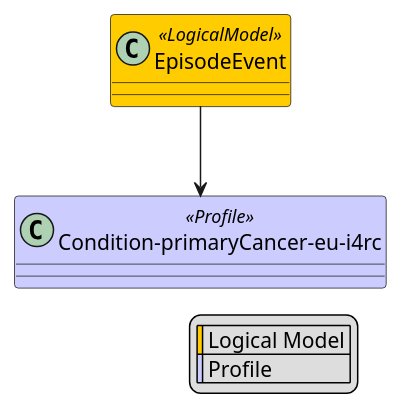
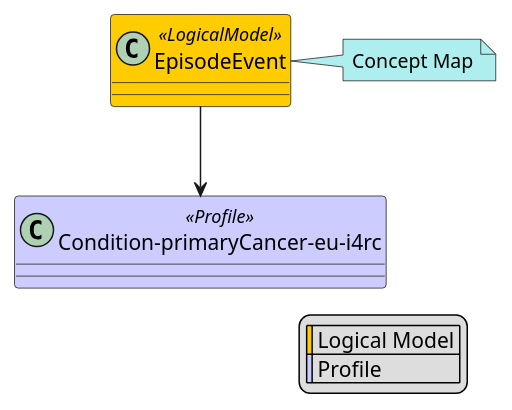
One commit to hl7-eu/idea4rc changed the diagram in input/images-source/map/EpisodeEvent-map.plantuml. Above: the diagram before and after it, drawn with PlantUML. The commit also changed 32 other files, not shown here.

```diff
--- a/input/images-source/map/EpisodeEvent-map.plantuml
+++ b/input/images-source/map/EpisodeEvent-map.plantuml
@@ -1,14 +1,17 @@
 @startuml
 skinparam class {
     BackgroundColor<<LogicalModel>> #FFCC00
     BackgroundColor<<Profile>> #CCCCFF
 }
 skinparam linetype ortho
 legend right
   | <#FFCC00> | Logical Model |
   | <#CCCCFF> | Profile |
 endlegend
 class "EpisodeEvent" <<LogicalModel>> [[StructureDefinition-EpisodeEvent.html]]
+note right #PaleTurquoise [[ConceptMap-episodeEvent2FHIR.html]]
+Concept Map
+endnote
 class "Condition-primaryCancer-eu-i4rc" <<Profile>> [[StructureDefinition-Condition-primaryCancer-eu-i4rc.html]]
 "EpisodeEvent" --> "Condition-primaryCancer-eu-i4rc"
 @enduml
```
